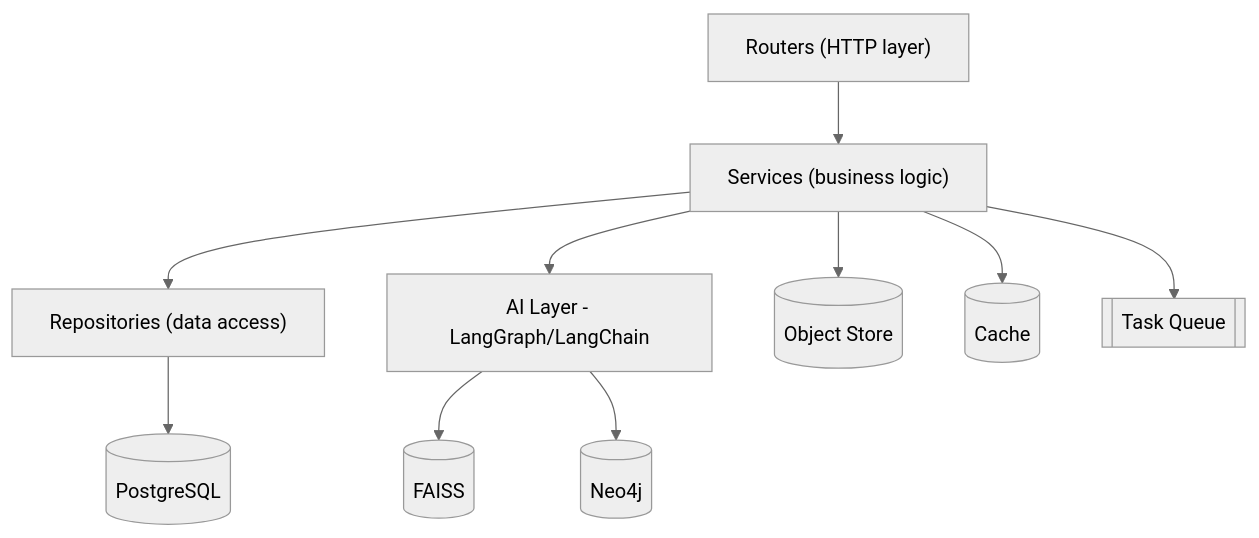
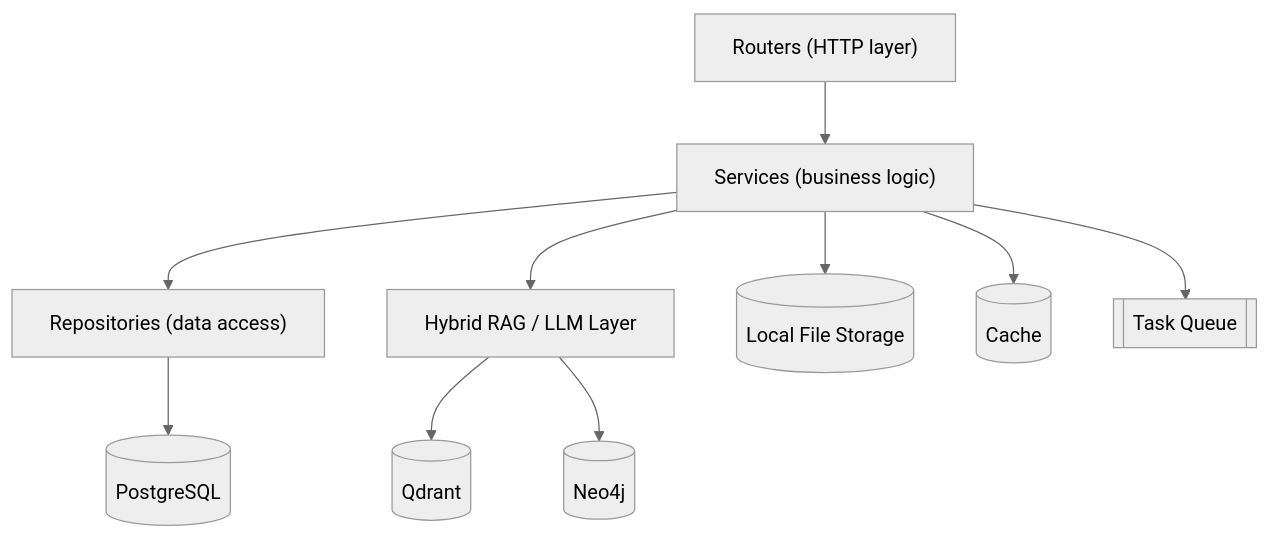
Before and after one commit to pratapVansh/TRACE: the first of 10 diagrams in docs/06_BACKEND_ARCHITECTURE.md, drawn with Mermaid (neutral theme). The commit also changed other lines of this file and 60 other files, not shown here.

````diff
--- a/docs/06_BACKEND_ARCHITECTURE.md
+++ b/docs/06_BACKEND_ARCHITECTURE.md
@@ -50,12 +52,12 @@
 ```mermaid
 flowchart TB
     R["Routers (HTTP layer)"] --> SVC["Services (business logic)"]
     SVC --> REPO["Repositories (data access)"]
     REPO --> DB[("PostgreSQL")]
-    SVC --> AI["AI Layer - LangGraph/LangChain"]
-    AI --> VEC[("FAISS")]
+    SVC --> AI["Hybrid RAG / LLM Layer"]
+    AI --> VEC[("Qdrant")]
     AI --> NEO[("Neo4j")]
-    SVC --> OBJ[("Object Store")]
+    SVC --> OBJ[("Local File Storage")]
     SVC --> CACHE[("Cache")]
     SVC --> QUEUE[["Task Queue"]]
 ```
````
